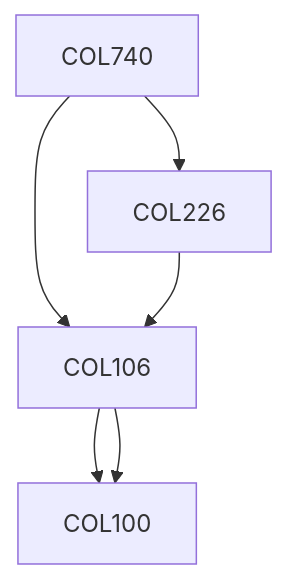
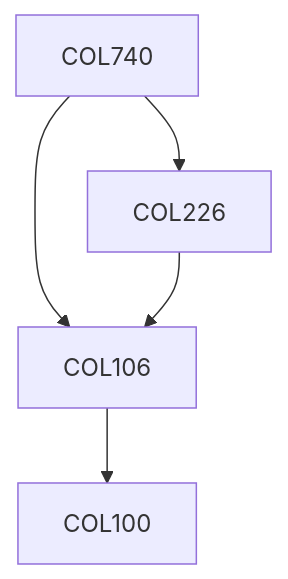
Before and after one commit to KeshavBansal0122/CoS_Website: the diagram in content/Computer Science and Engineering/COL740.md, drawn with Mermaid. The commit also changed other lines of this file and 2667 other files, not shown here.

````diff
--- a/content/Computer Science and Engineering/COL740.md
+++ b/content/Computer Science and Engineering/COL740.md
@@ -15,8 +13,11 @@
 ```mermaid
-graph TD
-COL740 --> COL106
-COL106 --> COL100
-COL740 --> COL226
-COL226 --> COL106
-COL106 --> COL100
+flowchart TD
+COL740-207[COL740]
+COL106-207 --> COL100-207[COL100]
+COL740-207 --> COL226-207[COL226]
+COL740-207 --> COL106-207[COL106]
+COL226-207 --> COL106-207[COL106]
+
+classDef empty height:17px, fill:transparent, stroke:transparent;
+classDef trueEmpty height:0px, width:0px;
 ```
````
